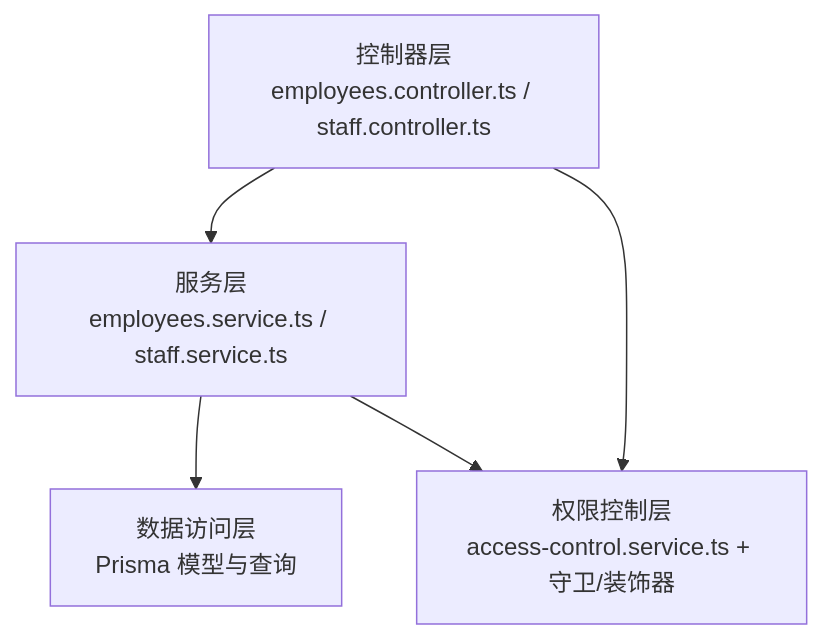
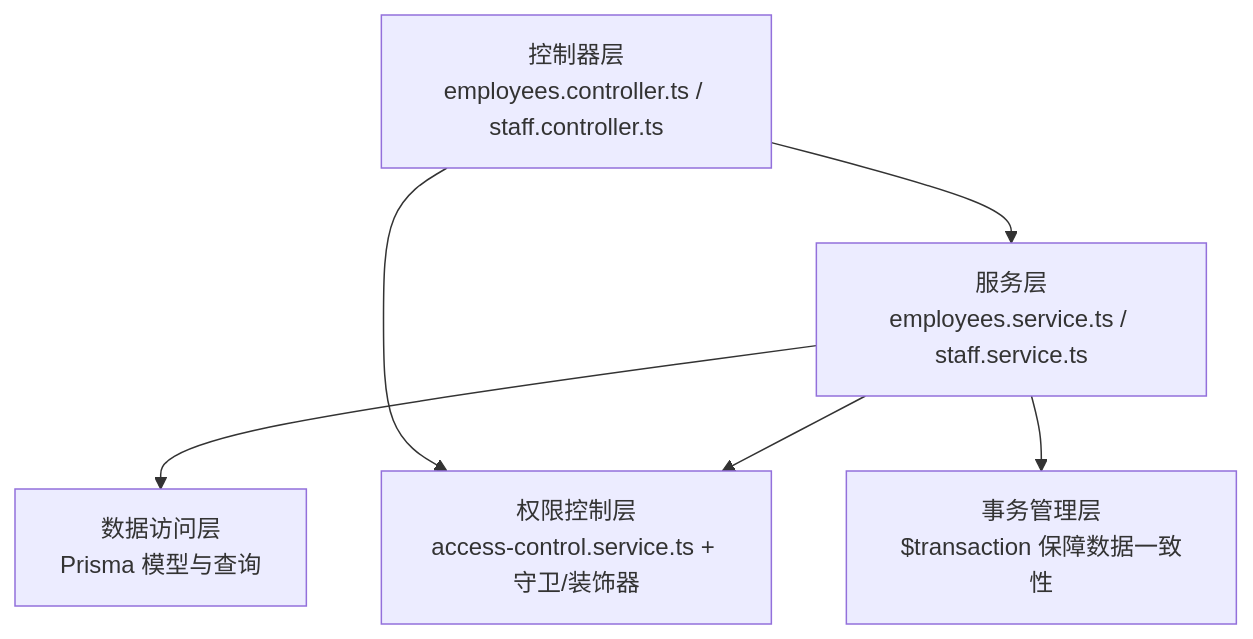
The second of 8 diagrams in .qoder/repowiki/zh/content/业务模块/员工管理模块/员工管理模块.md (rc558620/purelyprofit-server), drawn with Mermaid before and after one commit. The commit also changed other lines of this file and 35 other files, not shown here.

````diff
--- a/.qoder/repowiki/zh/content/业务模块/员工管理模块/员工管理模块.md
+++ b/.qoder/repowiki/zh/content/业务模块/员工管理模块/员工管理模块.md
@@ -147,11 +161,13 @@
 ```mermaid
 graph TB
 C["控制器层<br/>employees.controller.ts / staff.controller.ts"]
 S["服务层<br/>employees.service.ts / staff.service.ts"]
 D["数据访问层<br/>Prisma 模型与查询"]
 AC["权限控制层<br/>access-control.service.ts + 守卫/装饰器"]
+T["事务管理层<br/>$transaction 保障数据一致性"]
 C --> S
 S --> D
 C --> AC
 S --> AC
+S --> T
 ```
````
